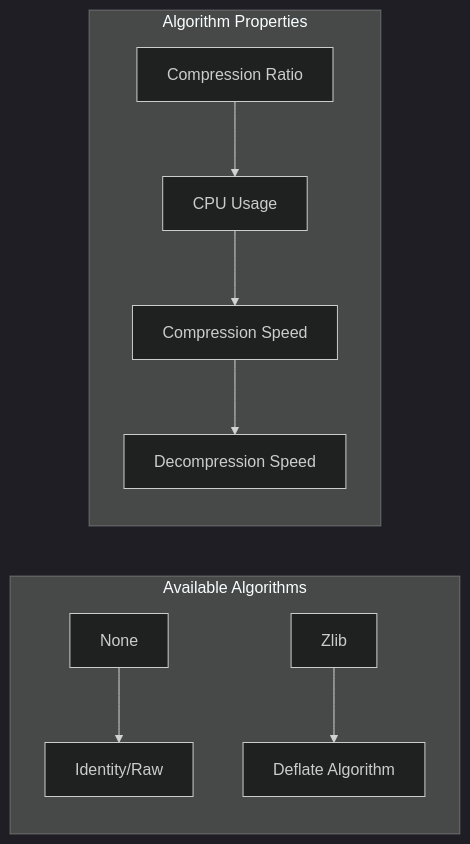
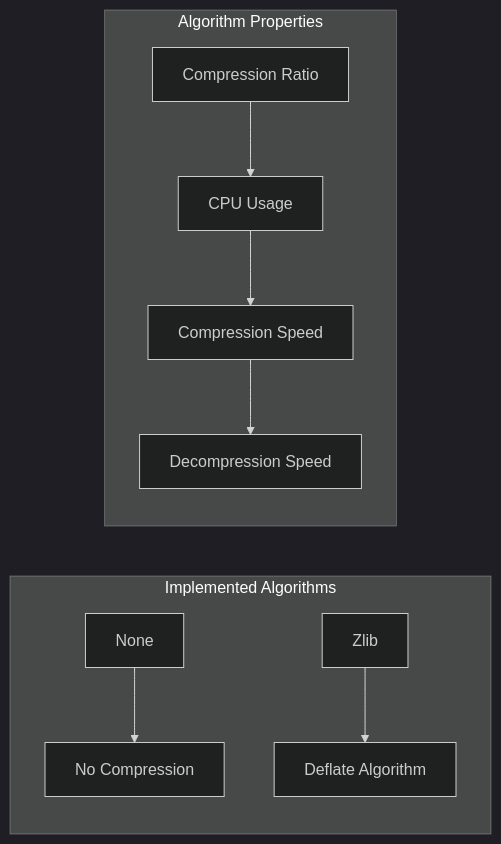
Before and after one commit to cleverra-tech/wombat: the second of 9 diagrams in docs/compression.md, drawn with Mermaid (dark theme). The commit also changed other lines of this file and 4 other files, not shown here.

````diff
--- a/docs/compression.md
+++ b/docs/compression.md
@@ -27,13 +27,13 @@
 ```mermaid
 graph LR
-    subgraph "Available Algorithms"
-        A[None] --> B[Identity/Raw]
+    subgraph "Implemented Algorithms"
+        A[None] --> B[No Compression]
         C[Zlib] --> D[Deflate Algorithm]
     end
     
     subgraph "Algorithm Properties"
         E[Compression Ratio] --> F[CPU Usage]
         F --> G[Compression Speed]
         G --> H[Decompression Speed]
     end
 ```
````
